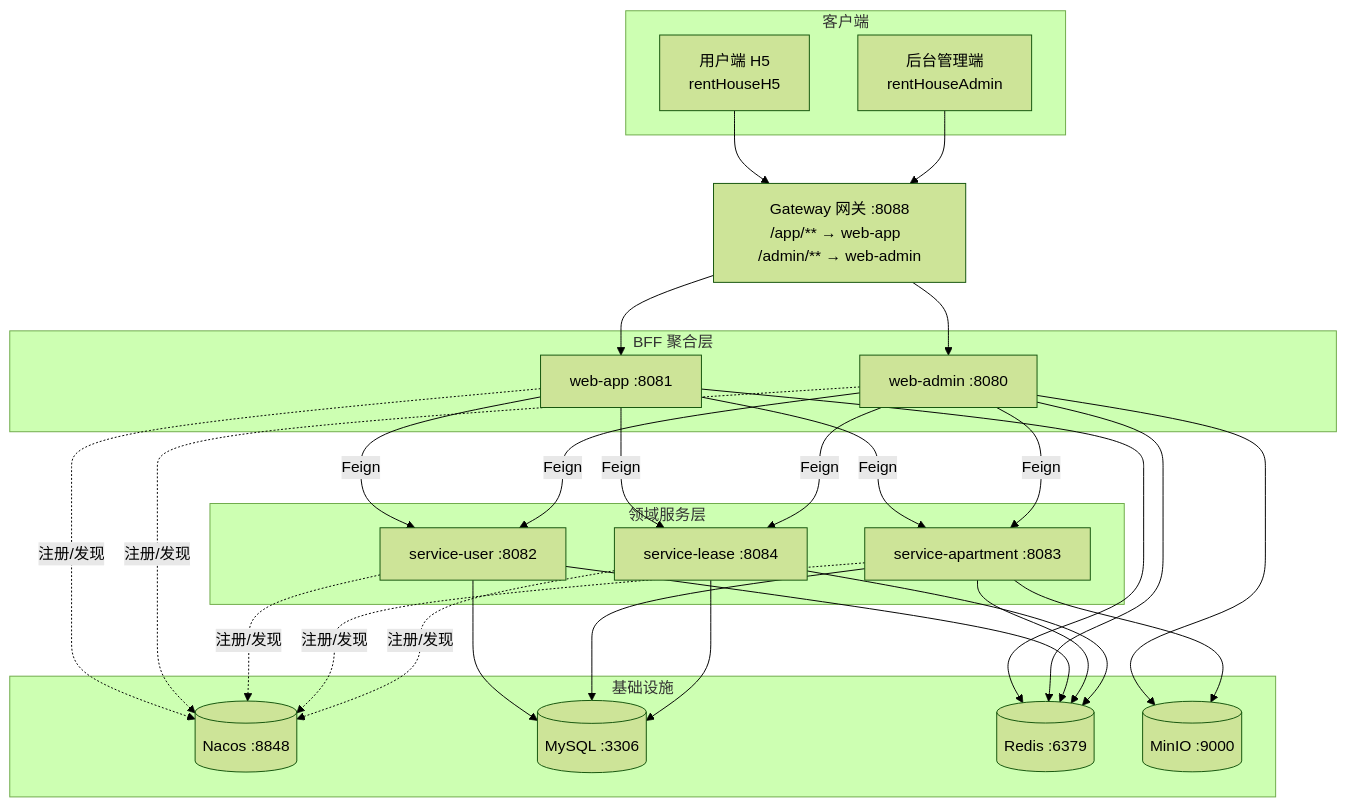
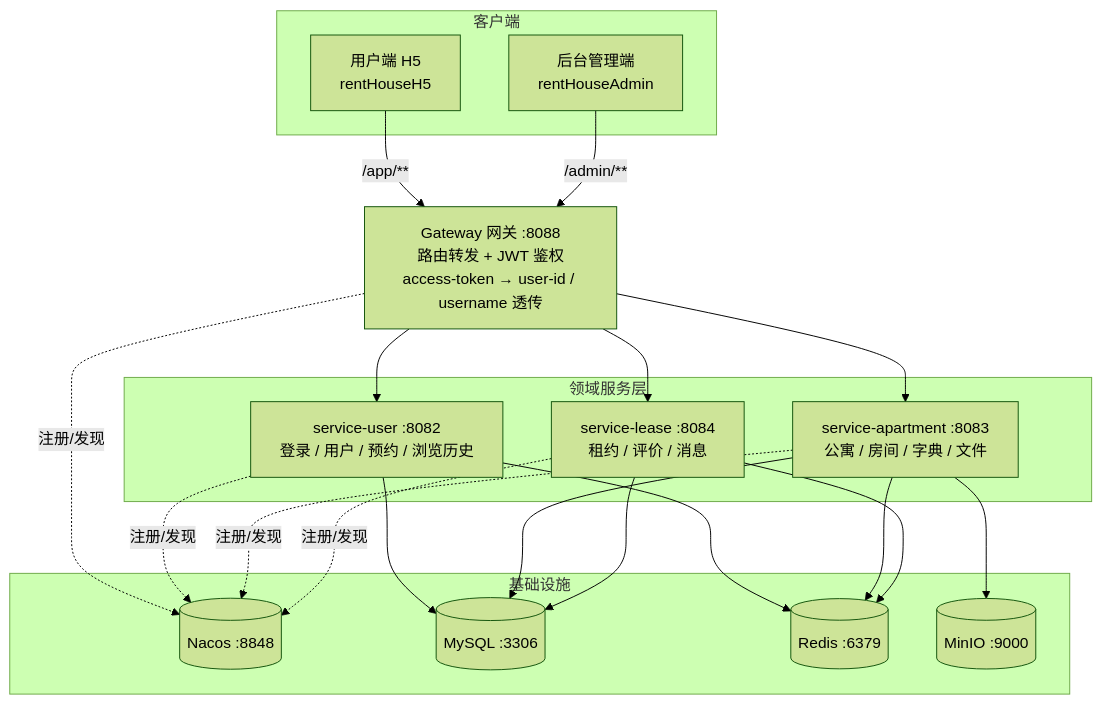
One commit to yzw4137/project changed the diagram in README.md. Above: the diagram before and after it, drawn with Mermaid (forest theme). The commit also changed other lines of this file and 192 other files, not shown here.

````diff
--- a/README.md
+++ b/README.md
@@ -69,55 +68,41 @@
 ```mermaid
 flowchart TB
     subgraph Client[客户端]
         H5[用户端 H5<br/>rentHouseH5]
         Admin[后台管理端<br/>rentHouseAdmin]
     end
 
-    GW[Gateway 网关 :8088<br/>/app/** → web-app  /admin/** → web-admin]
-
-    subgraph Web[BFF 聚合层]
-        WebApp[web-app :8081]
-        WebAdmin[web-admin :8080]
-    end
+    GW[Gateway 网关 :8088<br/>路由转发 + JWT 鉴权<br/>access-token → user-id / username 透传]
 
     subgraph Service[领域服务层]
-        SUser[service-user :8082]
-        SApt[service-apartment :8083]
-        SLease[service-lease :8084]
+        SUser[service-user :8082<br/>登录 / 用户 / 预约 / 浏览历史]
+        SApt[service-apartment :8083<br/>公寓 / 房间 / 字典 / 文件]
+        SLease[service-lease :8084<br/>租约 / 评价 / 消息]
     end
 
     subgraph Infra[基础设施]
         Nacos[(Nacos :8848)]
         MySQL[(MySQL :3306)]
         Redis[(Redis :6379)]
         MinIO[(MinIO :9000)]
     end
 
-    H5 --> GW
-    Admin --> GW
-    GW --> WebApp
-    GW --> WebAdmin
-    WebApp -->|Feign| SUser
-    WebApp -->|Feign| SApt
-    WebApp -->|Feign| SLease
-    WebAdmin -->|Feign| SUser
-    WebAdmin -->|Feign| SApt
-    WebAdmin -->|Feign| SLease
+    H5 -->|/app/**| GW
+    Admin -->|/admin/**| GW
+    GW --> SUser
+    GW --> SApt
+    GW --> SLease
 
-    WebApp -.注册/发现.-> Nacos
-    WebAdmin -.注册/发现.-> Nacos
+    GW -.注册/发现.-> Nacos
     SUser -.注册/发现.-> Nacos
     SApt -.注册/发现.-> Nacos
     SLease -.注册/发现.-> Nacos
 
     SUser --> MySQL
     SApt --> MySQL
     SLease --> MySQL
-    WebApp --> Redis
-    WebAdmin --> Redis
     SUser --> Redis
     SApt --> Redis
     SLease --> Redis
-    WebAdmin --> MinIO
     SApt --> MinIO
 ```
````
